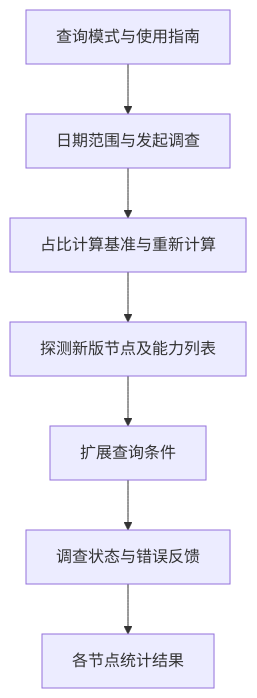
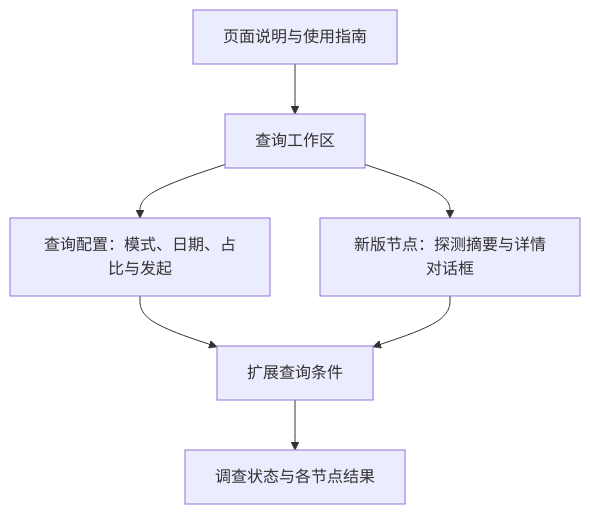
One commit to micro123/diary-app changed the second of 2 diagrams in Docs/SurveyUserGuide.md. Above: the diagram before and after it, drawn with Mermaid. The commit also changed other lines of this file and 11 other files, not shown here.

````diff
--- a/Docs/SurveyUserGuide.md
+++ b/Docs/SurveyUserGuide.md
@@ -92,12 +94,16 @@
 ```mermaid
 flowchart TB
-    Mode["查询模式与使用指南"]
-    Date["日期范围与发起调查"]
-    Percent["占比计算基准与重新计算"]
-    Discovery["探测新版节点及能力列表"]
+    Header["页面说明与使用指南"]
+    Dashboard["查询工作区"]
+    Query["查询配置：模式、日期、占比与发起"]
+    Discovery["新版节点：探测摘要与详情对话框"]
     Extended["扩展查询条件"]
-    Status["调查状态与错误反馈"]
-    Results["各节点统计结果"]
+    Results["调查状态与各节点结果"]
 
-    Mode --> Date --> Percent --> Discovery --> Extended --> Status --> Results
+    Header --> Dashboard
+    Dashboard --> Query
+    Dashboard --> Discovery
+    Query --> Extended
+    Discovery --> Extended
+    Extended --> Results
 ```
````
